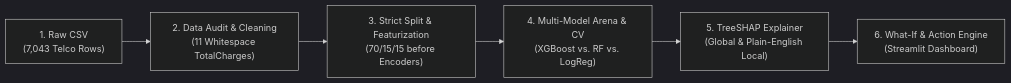
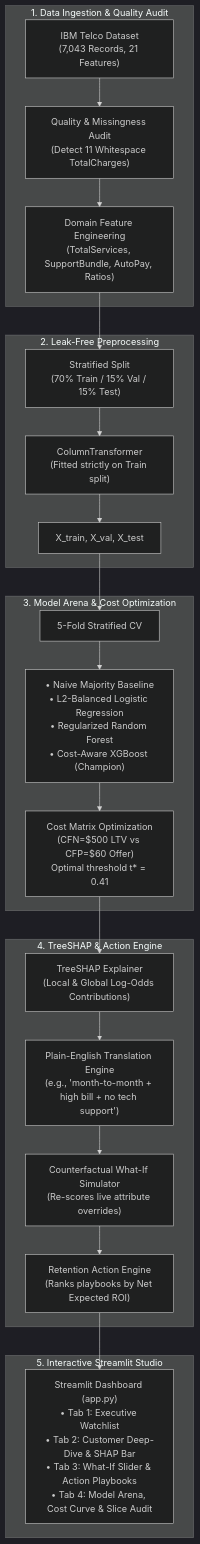
The diagram in README.md (Anjelo-Sherin/customer-churn-predictor), drawn with Mermaid (dark theme) before and after one commit. The commit also changed other lines of this file and 9 other files, not shown here.

Commit message:
docs: add visual previews, system architecture, API guide, and setup instructions

````diff
--- a/README.md
+++ b/README.md
@@ -32,8 +81,30 @@
 ```mermaid
-flowchart LR
-    A["1. Raw CSV\n(7,043 Telco Rows)"] --> B["2. Data Audit & Cleaning\n(11 Whitespace TotalCharges)"]
-    B --> C["3. Strict Split & Featurization\n(70/15/15 before Encoders)"]
-    C --> D["4. Multi-Model Arena & CV\n(XGBoost vs. RF vs. LogReg)"]
-    D --> E["5. TreeSHAP Explainer\n(Global & Plain-English Local)"]
-    E --> F["6. What-If & Action Engine\n(Streamlit Dashboard)"]
+flowchart TD
+    subgraph Ingestion ["1. Data Ingestion & Quality Audit"]
+        RawCSV["IBM Telco Dataset\n(7,043 Records, 21 Features)"] --> Audit["Quality & Missingness Audit\n(Detect 11 Whitespace TotalCharges)"]
+        Audit --> Cleaner["Domain Feature Engineering\n(TotalServices, SupportBundle, AutoPay, Ratios)"]
+    end
+
+    subgraph Preprocessing ["2. Leak-Free Preprocessing"]
+        Cleaner --> Split["Stratified Split\n(70% Train / 15% Val / 15% Test)"]
+        Split --> Preproc["ColumnTransformer\n(Fitted strictly on Train split)"]
+        Preproc --> Splits["X_train, X_val, X_test"]
+    end
+
+    subgraph Modeling ["3. Model Arena & Cost Optimization"]
+        Splits --> CV["5-Fold Stratified CV"]
+        CV --> Models["• Naive Majority Baseline\n• L2-Balanced Logistic Regression\n• Regularized Random Forest\n• Cost-Aware XGBoost (Champion)"]
+        Models --> CostOpt["Cost Matrix Optimization\n(CFN=$500 LTV vs CFP=$60 Offer)\nOptimal threshold t* = 0.41"]
+    end
+
+    subgraph XAI ["4. TreeSHAP & Action Engine"]
+        CostOpt --> TreeSHAP["TreeSHAP Explainer\n(Local & Global Log-Odds Contributions)"]
+        TreeSHAP --> PlainEnglish["Plain-English Translation Engine\n(e.g., 'month-to-month + high bill + no tech support')"]
+        PlainEnglish --> WhatIf["Counterfactual What-If Simulator\n(Re-scores live attribute overrides)"]
+        WhatIf --> ActionEngine["Retention Action Engine\n(Ranks playbooks by Net Expected ROI)"]
+    end
+
+    subgraph Dashboard ["5. Interactive Streamlit Studio"]
+        ActionEngine --> UI["Streamlit Dashboard (app.py)\n• Tab 1: Executive Watchlist\n• Tab 2: Customer Deep-Dive & SHAP Bar\n• Tab 3: What-If Slider & Action Playbooks\n• Tab 4: Model Arena, Cost Curve & Slice Audit"]
+    end
 ```
````
